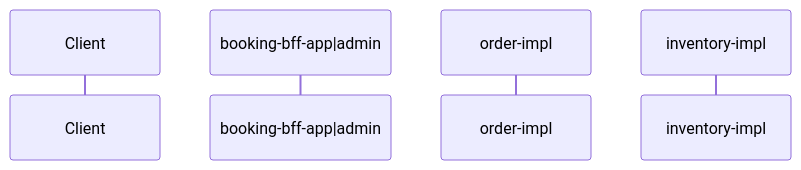
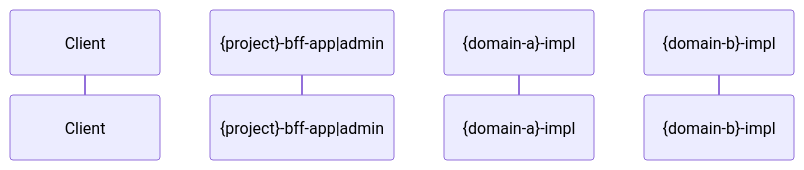
One commit to loftercat/AI-Native changed the second of 2 diagrams in backend/skills/detail-design/templates/design-template.md. Above: the diagram before and after it, drawn with Mermaid. The commit also changed other lines of this file and 98 other files, not shown here.

````diff
--- a/backend/skills/detail-design/templates/design-template.md
+++ b/backend/skills/detail-design/templates/design-template.md
@@ -174,7 +174,7 @@
 ```mermaid
 sequenceDiagram
     participant Client
-    participant BFF as booking-bff-app|admin
-    participant Order as order-impl
-    participant Inv as inventory-impl
+    participant BFF as {project}-bff-app|admin
+    participant DomainA as {domain-a}-impl
+    participant DomainB as {domain-b}-impl
 ```
````
